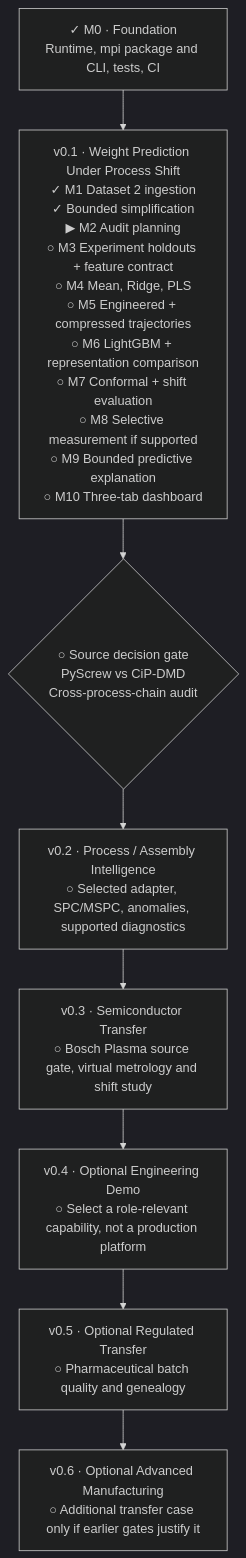
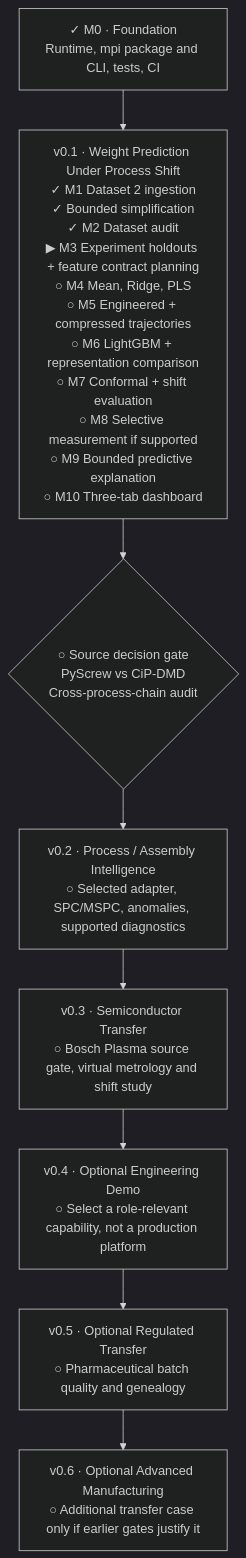
One commit to stevennitesh/manufacturing-process-intelligence changed the diagram in docs/implementation-roadmap.md. Above: the diagram before and after it, drawn with Mermaid (dark theme). The commit also changed other lines of this file and 6 other files, not shown here.

Commit message:
Complete M2 dataset audit and document inferred units

````diff
--- a/docs/implementation-roadmap.md
+++ b/docs/implementation-roadmap.md
@@ -33,15 +35,15 @@
 ```mermaid
 flowchart TB
     F["✓ M0 · Foundation<br/>Runtime, mpi package and CLI, tests, CI"]
 
-    MVP["v0.1 · Weight Prediction Under Process Shift<br/>✓ M1 Dataset 2 ingestion<br/>✓ Bounded simplification<br/>▶ M2 Audit planning<br/>○ M3 Experiment holdouts + feature contract<br/>○ M4 Mean, Ridge, PLS<br/>○ M5 Engineered + compressed trajectories<br/>○ M6 LightGBM + representation comparison<br/>○ M7 Conformal + shift evaluation<br/>○ M8 Selective measurement if supported<br/>○ M9 Bounded predictive explanation<br/>○ M10 Three-tab dashboard"]
+    MVP["v0.1 · Weight Prediction Under Process Shift<br/>✓ M1 Dataset 2 ingestion<br/>✓ Bounded simplification<br/>✓ M2 Dataset audit<br/>▶ M3 Experiment holdouts + feature contract planning<br/>○ M4 Mean, Ridge, PLS<br/>○ M5 Engineered + compressed trajectories<br/>○ M6 LightGBM + representation comparison<br/>○ M7 Conformal + shift evaluation<br/>○ M8 Selective measurement if supported<br/>○ M9 Bounded predictive explanation<br/>○ M10 Three-tab dashboard"]
 
     AUDIT{"○ Source decision gate<br/>PyScrew vs CiP-DMD<br/>Cross-process-chain audit"}
     PI["v0.2 · Process / Assembly Intelligence<br/>○ Selected adapter, SPC/MSPC, anomalies, supported diagnostics"]
     SEMI["v0.3 · Semiconductor Transfer<br/>○ Bosch Plasma source gate, virtual metrology and shift study"]
     PROD["v0.4 · Optional Engineering Demo<br/>○ Select a role-relevant capability, not a production platform"]
     PHARMA["v0.5 · Optional Regulated Transfer<br/>○ Pharmaceutical batch quality and genealogy"]
     ADV["v0.6 · Optional Advanced Manufacturing<br/>○ Additional transfer case only if earlier gates justify it"]
 
     F --> MVP --> AUDIT --> PI --> SEMI --> PROD --> PHARMA --> ADV
 ```
````
